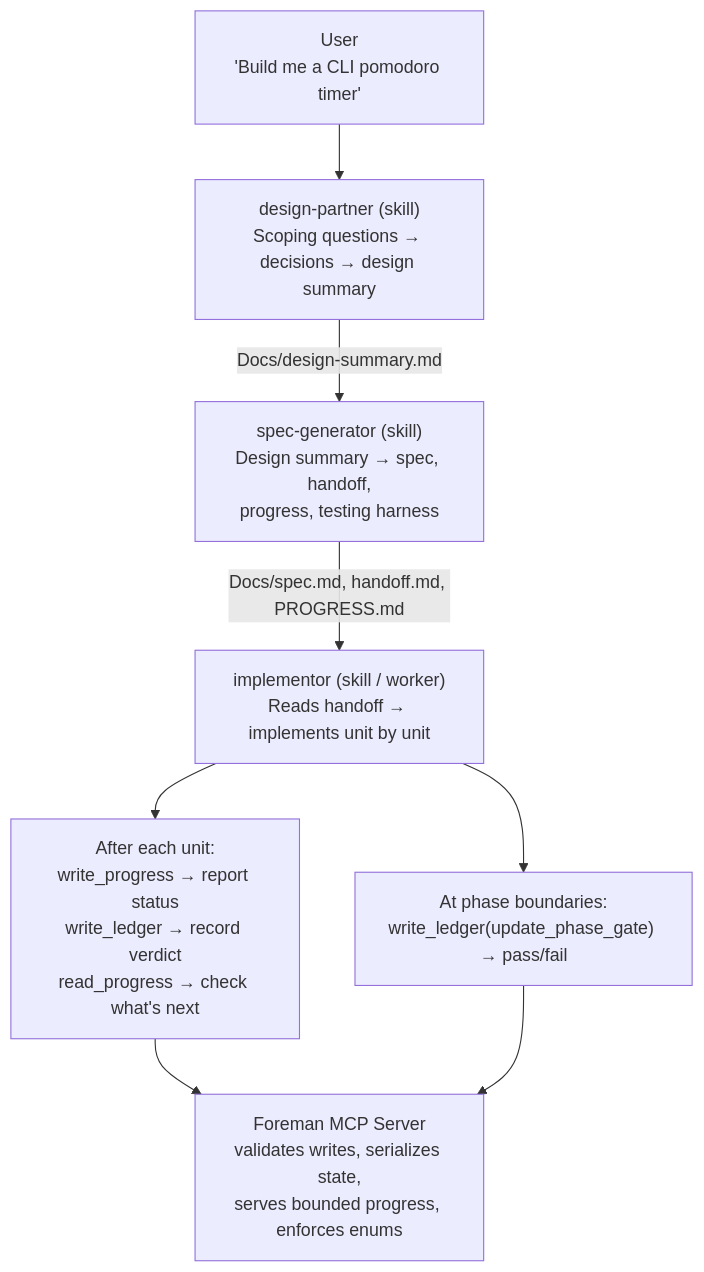
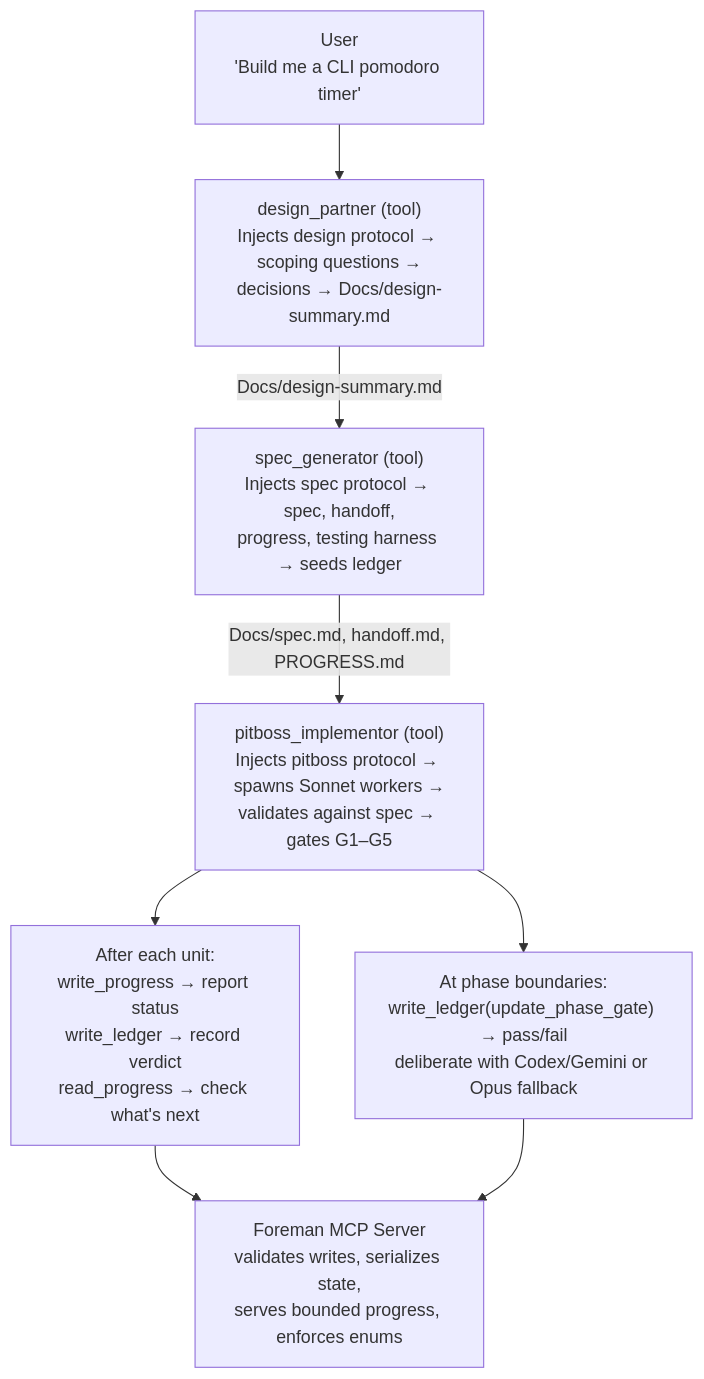
One commit to malindarathnayake/Foreman changed the first of 2 diagrams in README.md. Above: the diagram before and after it, drawn with Mermaid. The commit also changed other lines of this file, not shown here.

First line of the commit message:
Rewrite README architecture and pitboss diagrams for v0.0.4

````diff
--- a/README.md
+++ b/README.md
@@ -39,18 +39,18 @@
 ```mermaid
 flowchart TD
     User["User<br/>'Build me a CLI pomodoro timer'"]
-    DP["design-partner (skill)<br/>Scoping questions → decisions → design summary"]
-    SG["spec-generator (skill)<br/>Design summary → spec, handoff,<br/>progress, testing harness"]
-    IMP["implementor (skill / worker)<br/>Reads handoff → implements unit by unit"]
+    DP["design_partner (tool)<br/>Injects design protocol → scoping questions →<br/>decisions → Docs/design-summary.md"]
+    SG["spec_generator (tool)<br/>Injects spec protocol → spec, handoff,<br/>progress, testing harness → seeds ledger"]
+    IMP["pitboss_implementor (tool)<br/>Injects pitboss protocol → spawns Sonnet workers →<br/>validates against spec → gates G1–G5"]
     LOOP["After each unit:<br/>write_progress → report status<br/>write_ledger → record verdict<br/>read_progress → check what's next"]
-    GATE["At phase boundaries:<br/>write_ledger(update_phase_gate) → pass/fail"]
+    GATE["At phase boundaries:<br/>write_ledger(update_phase_gate) → pass/fail<br/>deliberate with Codex/Gemini or Opus fallback"]
     FMN["Foreman MCP Server<br/>validates writes, serializes state,<br/>serves bounded progress, enforces enums"]
 
     User --> DP
     DP -->|"Docs/design-summary.md"| SG
     SG -->|"Docs/spec.md, handoff.md, PROGRESS.md"| IMP
     IMP --> LOOP
     IMP --> GATE
     LOOP --> FMN
     GATE --> FMN
 ```
````
